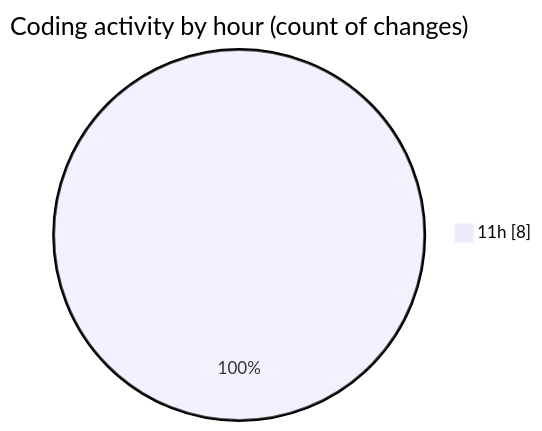
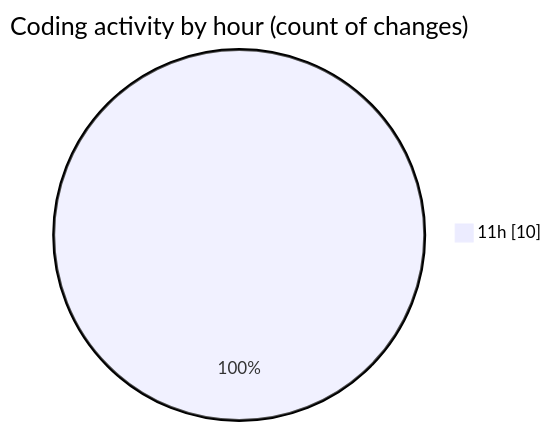
Before and after one commit to robertbonfada/code-tracking: the second of 2 diagrams in 2025-03-01/test-digital-placa/README.md, drawn with Mermaid. The commit also changed other lines of this file and 1 other file, not shown here.

````diff
--- a/2025-03-01/test-digital-placa/README.md
+++ b/2025-03-01/test-digital-placa/README.md
@@ -28,5 +28,5 @@
 ```mermaid
 pie showData
 title Coding activity by hour (count of changes)
-"11h" : 8
+"11h" : 10
 ```
````
